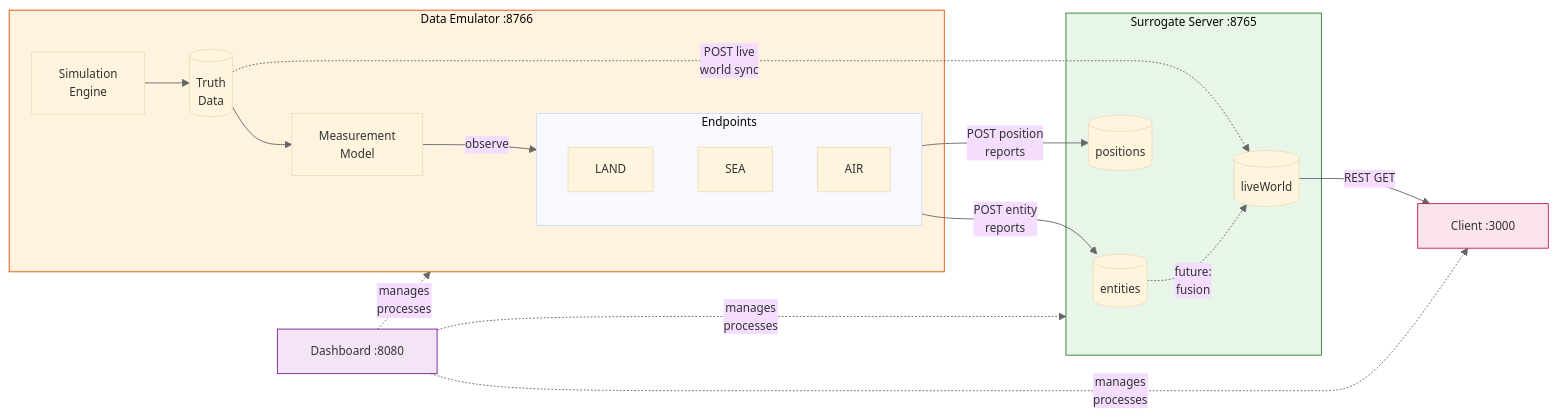
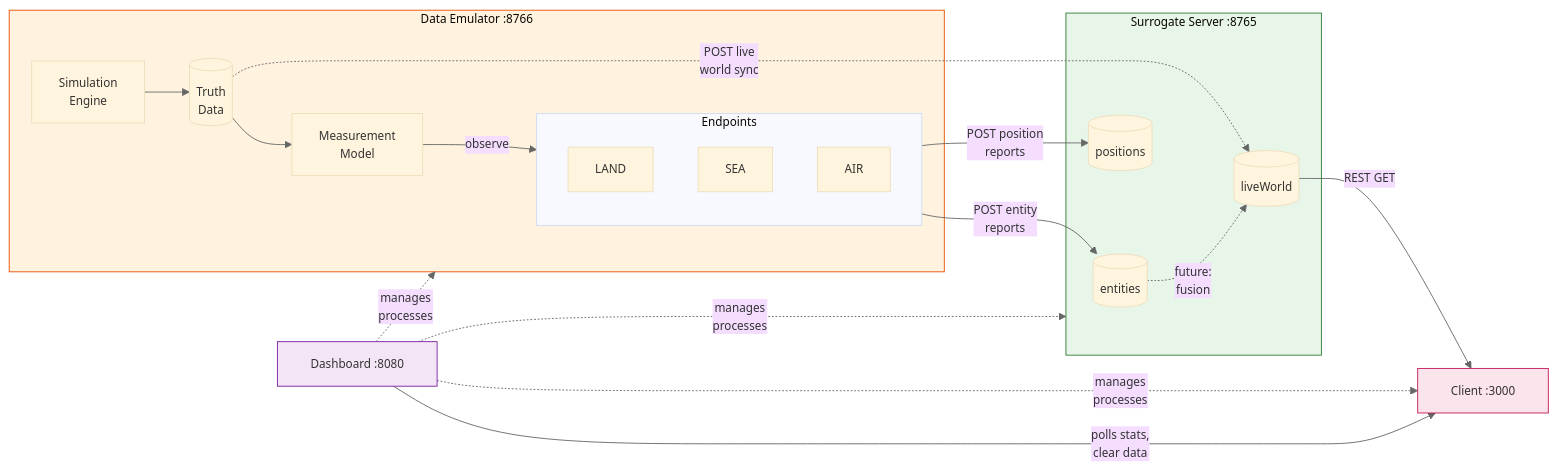
Before and after one commit to ericpauls/disco_workspace: the first of 2 diagrams in docs/system-architecture-diagram.md, drawn with Mermaid. The commit also changed other lines of this file and 3 other files, not shown here.

First line of the commit message:
feat: Add client stats display and clear controls to dashboard

````diff
--- a/docs/system-architecture-diagram.md
+++ b/docs/system-architecture-diagram.md
@@ -7,45 +7,46 @@
 ```mermaid
 %%{init: {'theme': 'base', 'themeVariables': { 'lineColor': '#666', 'fontSize': '13px'}}}%%
 flowchart LR
     subgraph emu["&nbsp;&nbsp;Data Emulator :8766&nbsp;&nbsp;"]
         sim["Simulation<br/>Engine"]
         truth[("Truth<br/>Data")]
         mm["Measurement<br/>Model"]
         subgraph eps["Endpoints"]
             ep1["LAND"]
             ep2["SEA"]
             ep3["AIR"]
         end
         sim --> truth
         truth --> mm
         mm -->|observe| eps
     end
 
     subgraph srv["&nbsp;&nbsp;Surrogate Server :8765&nbsp;&nbsp;"]
         ent[("entities")]
         pos[("positions")]
         lw[("liveWorld")]
     end
 
     ui["&nbsp;&nbsp;Client :3000&nbsp;&nbsp;"]
     dash["&nbsp;&nbsp;Dashboard :8080&nbsp;&nbsp;"]
 
     eps -->|POST entity<br/>reports| ent
     eps -->|POST position<br/>reports| pos
     truth -.->|POST live<br/>world sync| lw
     ent -.->|future:<br/>fusion| lw
     lw -->|REST GET| ui
     dash -.->|manages<br/>processes| emu
     dash -.->|manages<br/>processes| srv
     dash -.->|manages<br/>processes| ui
+    dash -->|polls stats,<br/>clear data| ui
 
     classDef emuStyle fill:#fff3e0,stroke:#e65100
     classDef srvStyle fill:#e8f5e9,stroke:#2e7d32
     classDef uiStyle fill:#fce4ec,stroke:#c2185b
     classDef dashStyle fill:#f3e5f5,stroke:#7b1fa2
 
     class emu emuStyle
     class srv srvStyle
     class ui uiStyle
     class dash dashStyle
 ```
````
